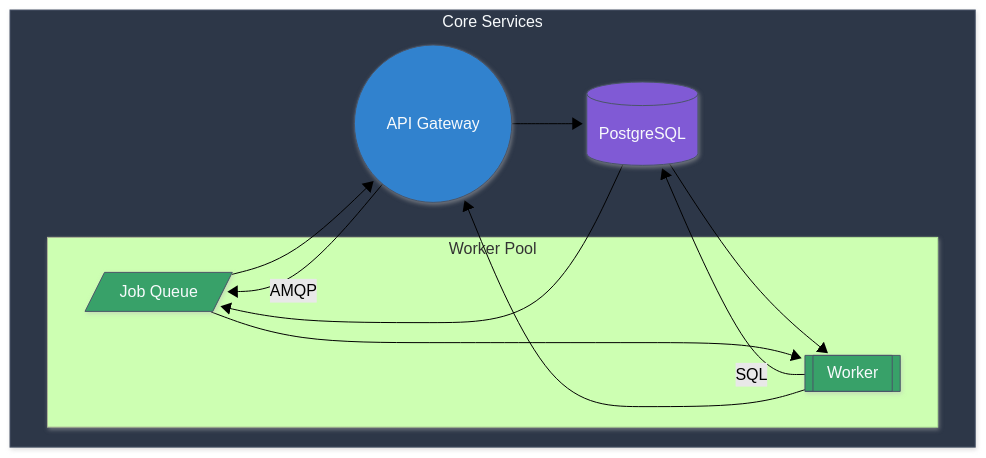
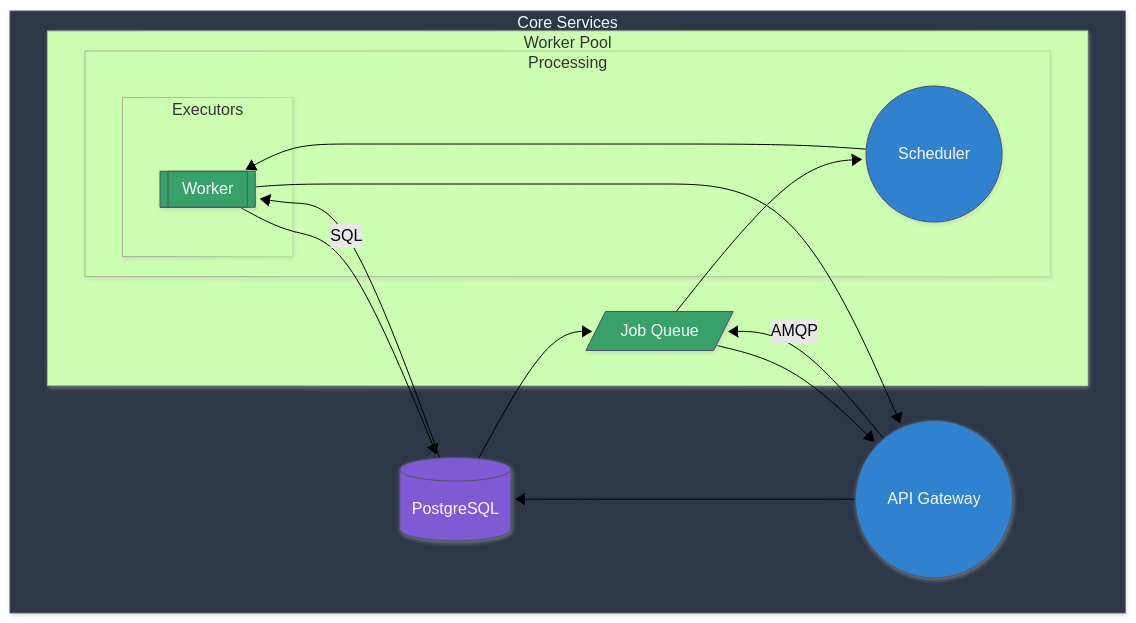
Before and after one commit to hallundbaek/archinix: the diagram in docs/job-processing-architecture.md, drawn with Mermaid (forest theme). The commit also changed 4 other files, not shown here.

````diff
--- a/docs/job-processing-architecture.md
+++ b/docs/job-processing-architecture.md
@@ -3,39 +3,47 @@
 ```mermaid
 %%{init: {"look":"neo"} }%%
 flowchart TD
 subgraph b_core["Core Services"]
 db[("PostgreSQL")]
 gateway(("API Gateway"))
 subgraph b_core_workers["Worker Pool"]
+subgraph b_core_workers_processing["Processing"]
+subgraph b_core_workers_processing_executors["Executors"]
+worker[["Worker"]]
+end
+scheduler(("Scheduler"))
+end
 queue[/"Job Queue"/]
-worker[["Worker"]]
 end
 end
 db --> queue
 db --> worker
 gateway --> db
 gateway -->|"AMQP"| queue
 queue --> gateway
-queue --> worker
+queue --> scheduler
+scheduler --> worker
 worker -->|"SQL"| db
 worker --> gateway
 classDef actor fill:#eef0ff,stroke:#5a67d8,color:#1a202c
 classDef participant fill:#eaf5ff,stroke:#3182ce,color:#1a202c
 classDef boundary fill:#edf2f7,stroke:#4a5568,color:#1a202c
 classDef control fill:#e6fffa,stroke:#319795,color:#1a202c
 classDef entity fill:#fffaf0,stroke:#dd6b20,color:#1a202c
 classDef database fill:#faf5ff,stroke:#805ad5,color:#1a202c
 classDef collections fill:#f0fff4,stroke:#38a169,color:#1a202c
 classDef queue fill:#fff5f5,stroke:#e53e3e,color:#1a202c
 classDef composite fill:#edf2f7,stroke:#4a5568,stroke-width:3px,color:#1a202c
 classDef ancestor fill:#f7fafc,stroke:#718096,stroke-dasharray:5,5,color:#1a202c
 class gateway control
 class queue queue
+class scheduler control
+class worker collections
 class db database
-class worker collections
 style db fill:#805ad5,stroke:#4a5568,color:#f7fafc
 style gateway fill:#3182ce,stroke:#4a5568,color:#f7fafc
 style queue fill:#38a169,stroke:#4a5568,color:#f7fafc
+style scheduler fill:#3182ce,stroke:#4a5568,color:#f7fafc
 style worker fill:#38a169,stroke:#4a5568,color:#f7fafc
 style b_core fill:#2D3748,stroke:#4a5568,color:#f7fafc
 ```
````
